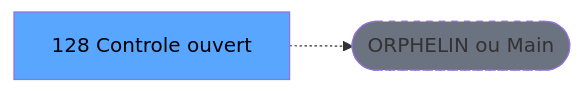
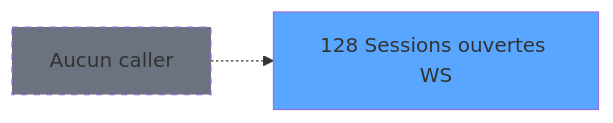
One commit to thonyAGP/magic-migration changed the second of 3 diagrams in .openspec/specs/ADH-IDE-128.md. Above: the diagram before and after it, drawn with Mermaid. The commit also changed other lines of this file and 311 other files, not shown here.

````diff
--- a/.openspec/specs/ADH-IDE-128.md
+++ b/.openspec/specs/ADH-IDE-128.md
@@ -123,8 +146,8 @@
 ```mermaid
 graph LR
-    T[128 Controle ouvert]
-    ORPHAN([ORPHELIN ou Main])
-    T -.-> ORPHAN
-    style T fill:#58a6ff,color:#000
-    style ORPHAN fill:#6b7280,stroke-dasharray: 5 5
+    T128[128 Sessions ouvertes WS]
+    style T128 fill:#58a6ff
+    NONE[Aucun caller]
+    NONE -.-> T128
+    style NONE fill:#6b7280,stroke-dasharray: 5 5
 ```
````
